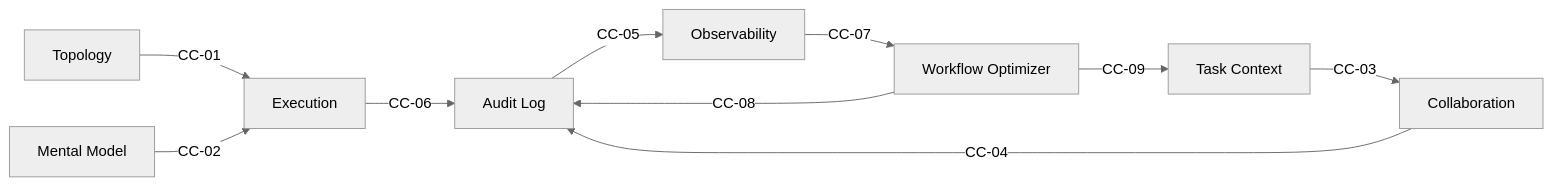
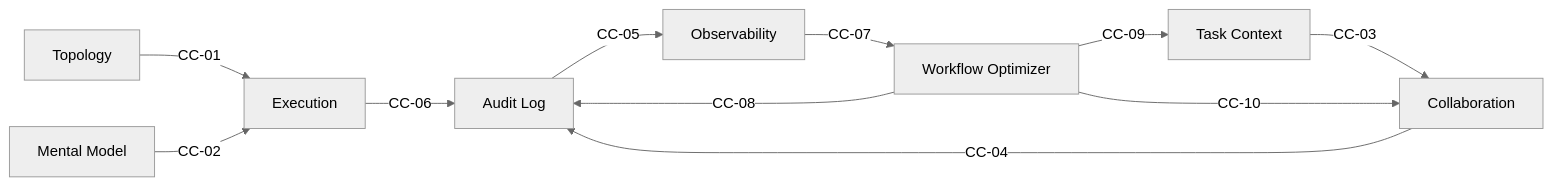
The second of 2 diagrams in docs/pipelines.md (WMJOON/multi-swarm-orchestrator), drawn with Mermaid (neutral theme) before and after one commit. The commit also changed other lines of this file and 7 other files, not shown here.

````diff
--- a/docs/pipelines.md
+++ b/docs/pipelines.md
@@ -52,14 +52,15 @@
 ```mermaid
 flowchart LR
     Topology -- CC-01 --> Execution
     MentalModel["Mental Model"] -- CC-02 --> Execution
     Execution -- CC-06 --> AuditLog["Audit Log"]
 
     TaskContext["Task Context"] -- CC-03 --> Collaboration
     Collaboration -- CC-04 --> AuditLog
     AuditLog -- CC-05 --> Observability
 
     Observability -- CC-07 --> Optimizer["Workflow Optimizer"]
     Optimizer -- CC-08 --> AuditLog
     Optimizer -- CC-09 --> TaskContext
+    Optimizer -- CC-10 --> Collaboration
 ```
````
